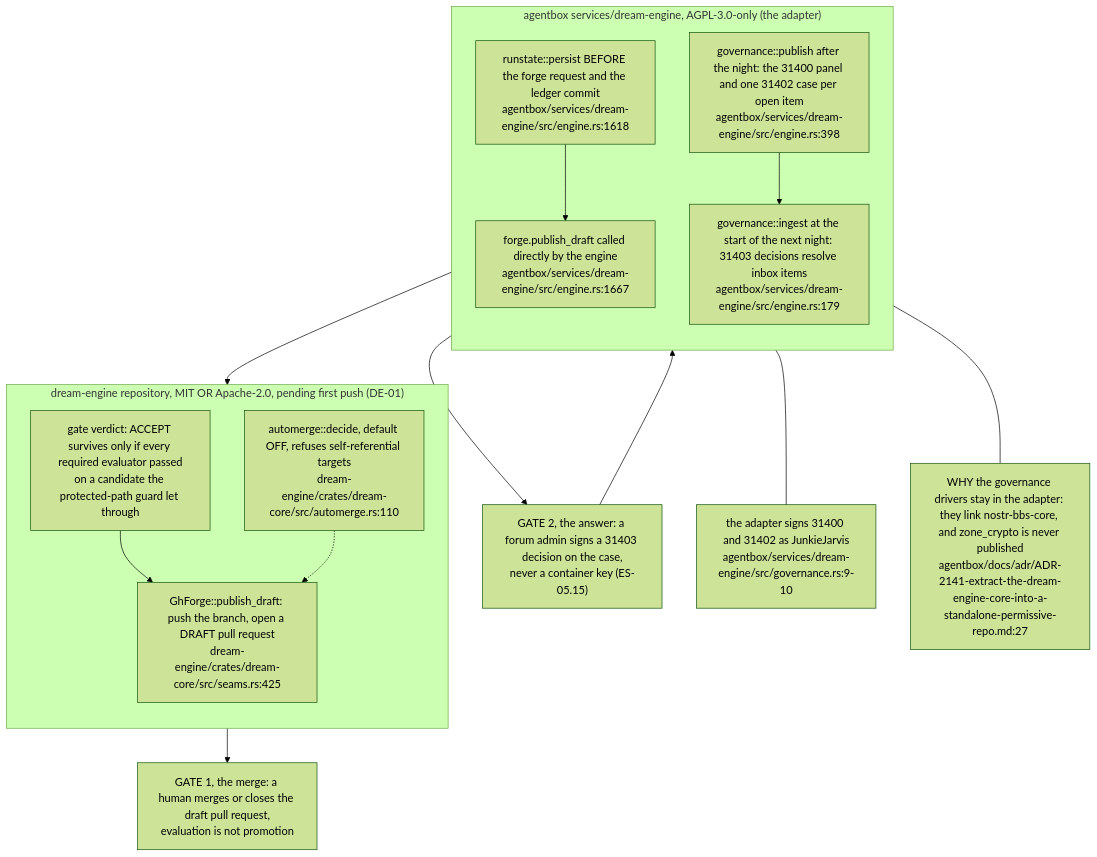
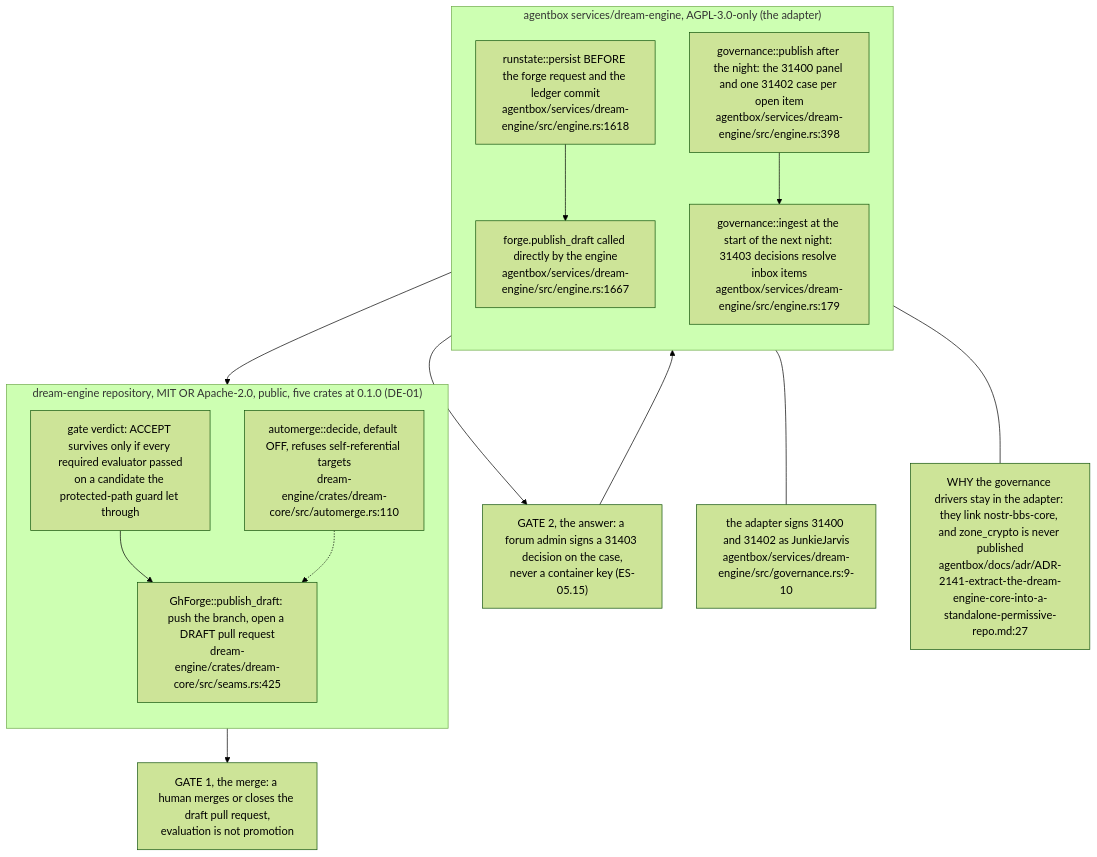
Before and after one commit to DreamLab-AI/VisionFlow: diagram 12 of 12 in docs/diagrams/estate/05-governance-loop-across-estate.md, drawn with Mermaid (forest theme). The commit also changed other lines of this file and 10 other files, not shown here.

First line of the commit message:
docs(diagrams): re-stamp the dream-engine extraction topics to the published state

````diff
--- a/docs/diagrams/estate/05-governance-loop-across-estate.md
+++ b/docs/diagrams/estate/05-governance-loop-across-estate.md
@@ -388,30 +388,30 @@
 ```mermaid
 flowchart TB
-    subgraph CORE["dream-engine repository, MIT OR Apache-2.0, pending first push (DE-01)"]
+    subgraph CORE["dream-engine repository, MIT OR Apache-2.0, public, five crates at 0.1.0 (DE-01)"]
         direction TB
         VER["gate verdict: ACCEPT survives only if every required evaluator passed<br/>on a candidate the protected-path guard let through"]
         FG["GhForge::publish_draft: push the branch, open a DRAFT pull request<br/>dream-engine/crates/dream-core/src/seams.rs:425"]
         AM["automerge::decide, default OFF, refuses self-referential targets<br/>dream-engine/crates/dream-core/src/automerge.rs:110"]
         VER --> FG
         AM -.-> FG
     end
     subgraph ADAPT["agentbox services/dream-engine, AGPL-3.0-only (the adapter)"]
         direction TB
         PER["runstate::persist BEFORE the forge request and the ledger commit<br/>agentbox/services/dream-engine/src/engine.rs:1618"]
         PUB["forge.publish_draft called directly by the engine<br/>agentbox/services/dream-engine/src/engine.rs:1667"]
         GOVP["governance::publish after the night: the 31400 panel and one 31402 case per open item<br/>agentbox/services/dream-engine/src/engine.rs:398"]
         GOVI["governance::ingest at the start of the next night: 31403 decisions resolve inbox items<br/>agentbox/services/dream-engine/src/engine.rs:179"]
         PER --> PUB
         GOVP --> GOVI
     end
     PUB --> FG
     PRM["GATE 1, the merge: a human merges or closes the draft pull request,<br/>evaluation is not promotion"]
     FG --> PRM
     FORUM["GATE 2, the answer: a forum admin signs a 31403 decision on the case,<br/>never a container key (ES-05.15)"]
     GOVP --> FORUM
     FORUM --> GOVI
     SIGN["the adapter signs 31400 and 31402 as JunkieJarvis<br/>agentbox/services/dream-engine/src/governance.rs:9-10"]
     GOVP --- SIGN
     WHY["WHY the governance drivers stay in the adapter: they link nostr-bbs-core, and zone_crypto is never published<br/>agentbox/docs/adr/ADR-2141-extract-the-dream-engine-core-into-a-standalone-permissive-repo.md:27"]
     ADAPT --- WHY
 ```
````
